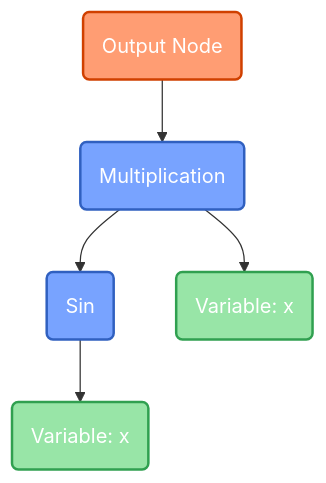
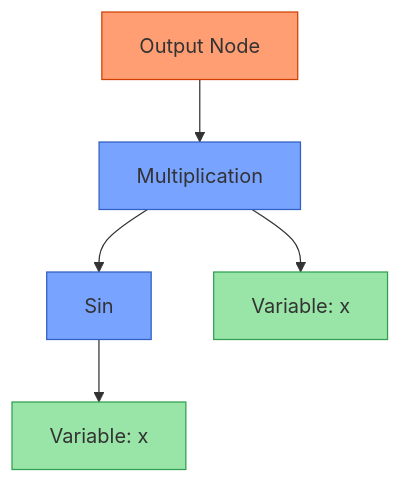
The third of 5 diagrams in README.md (rdguerrerom/AutoDiff), drawn with Mermaid before and after one commit. The commit also changed other lines of this file, not shown here.

````diff
--- a/README.md
+++ b/README.md
@@ -153,15 +143,13 @@
 ```mermaid
 flowchart TD
-    A("Output Node") --> B("Multiplication")
-    B --> C("Sin")
-    B --> D("Variable: x")
-    C --> E("Variable: x")
+    A["Output Node"] --> B["Multiplication"]
+    B --> C["Sin"]
+    B --> D["Variable: x"]
+    C --> E["Variable: x"]
     
-    classDef output fill:#ff9d73,stroke:#d04000,stroke-width:2px,color:#fff
-    classDef operation fill:#78a3ff,stroke:#3060c0,stroke-width:2px,color:#fff
-    classDef variable fill:#98e5a7,stroke:#30a050,stroke-width:2px,color:#fff
-    
-    class A output
-    class B,C operation
-    class D,E variable
+    style A fill:#ff9d73,stroke:#d04000
+    style B fill:#78a3ff,stroke:#3060c0
+    style C fill:#78a3ff,stroke:#3060c0
+    style D fill:#98e5a7,stroke:#30a050
+    style E fill:#98e5a7,stroke:#30a050
 ```
````
